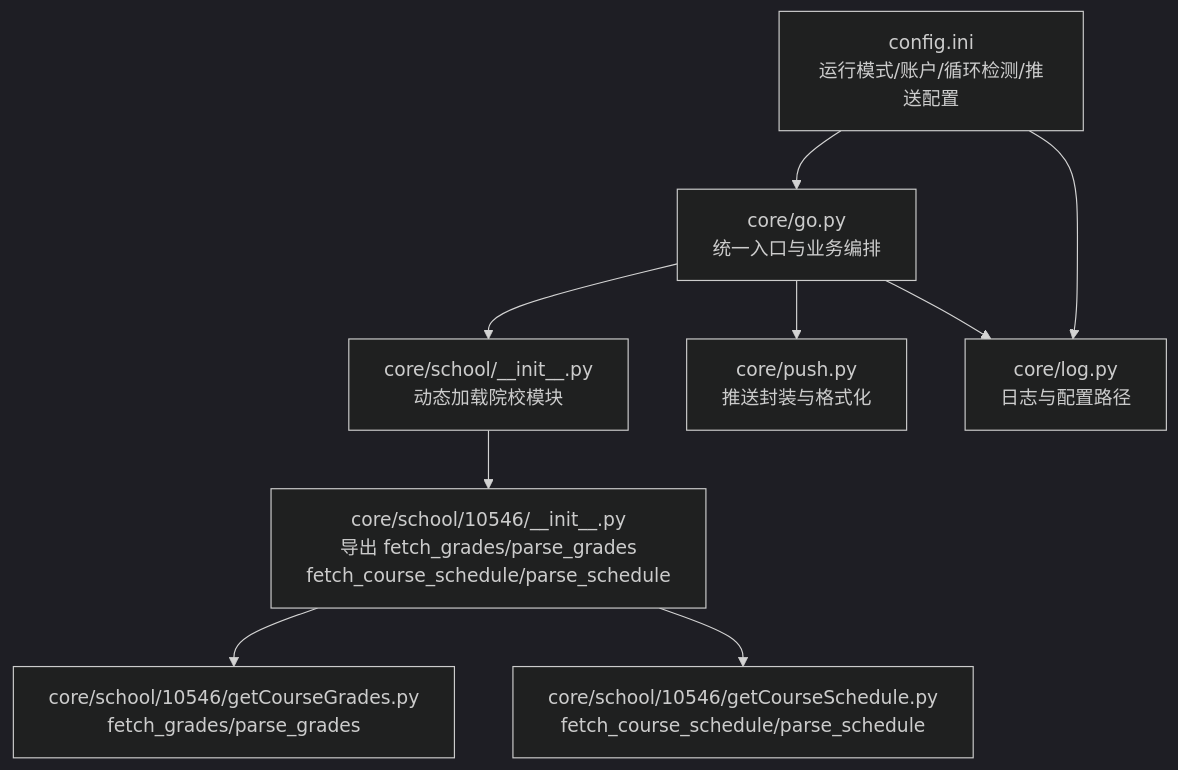
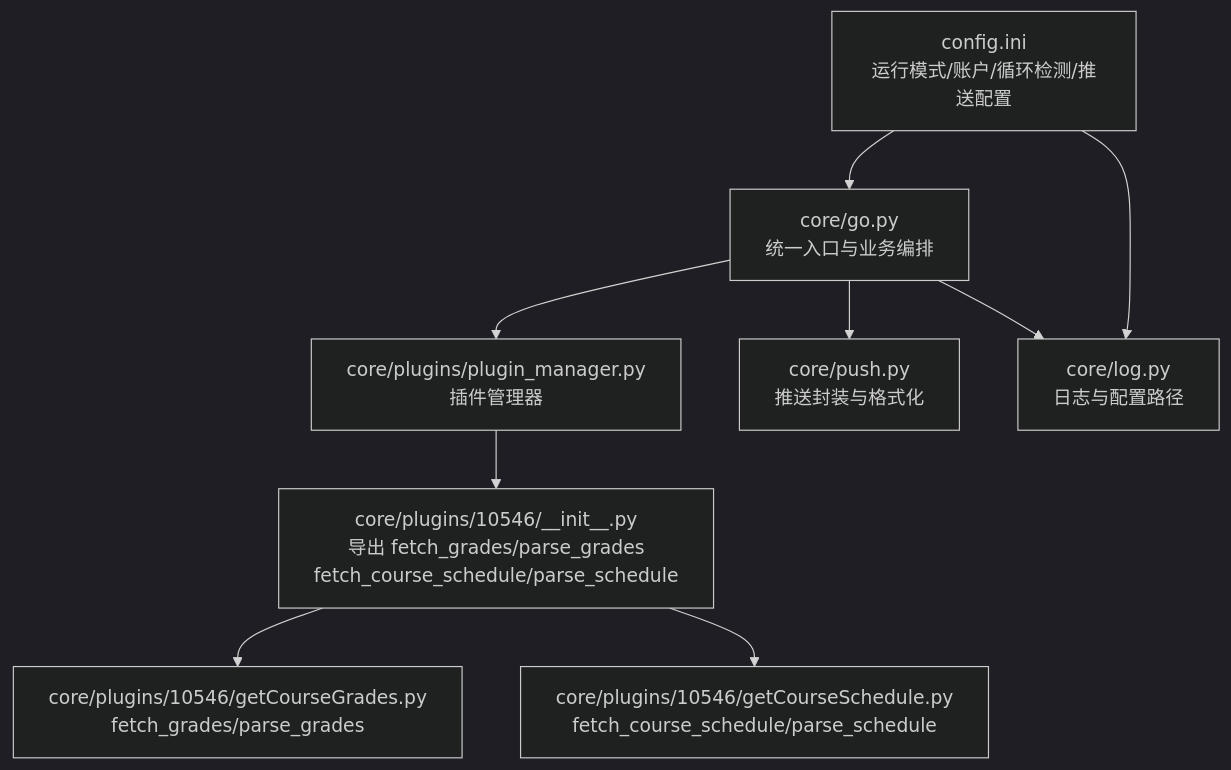
The first of 4 diagrams in .wiki/zh/content/API 参考文档/院校模块 API/接口规范.md (pjnt9372/Capture_Push), drawn with Mermaid (dark theme) before and after one commit. The commit also changed other lines of this file and 37 other files, not shown here.

````diff
--- a/.wiki/zh/content/API 参考文档/院校模块 API/接口规范.md
+++ b/.wiki/zh/content/API 参考文档/院校模块 API/接口规范.md
@@ -44,11 +44,11 @@
 ```mermaid
 graph TB
-A["core/go.py<br/>统一入口与业务编排"] --> B["core/school/__init__.py<br/>动态加载院校模块"]
-B --> C["core/school/10546/__init__.py<br/>导出 fetch_grades/parse_grades<br/>fetch_course_schedule/parse_schedule"]
-C --> D["core/school/10546/getCourseGrades.py<br/>fetch_grades/parse_grades"]
-C --> E["core/school/10546/getCourseSchedule.py<br/>fetch_course_schedule/parse_schedule"]
-A --> F["core/push.py<br/>推送封装与格式化"]
-A --> G["core/log.py<br/>日志与配置路径"]
-H["config.ini<br/>运行模式/账户/循环检测/推送配置"] --> A
-H --> G
+A["core/go.py<br/>统一入口与业务编排"] --> PM["core/plugins/plugin_manager.py<br/>插件管理器"]
+PM --> B["core/plugins/10546/__init__.py<br/>导出 fetch_grades/parse_grades<br/>fetch_course_schedule/parse_schedule"]
+B --> C["core/plugins/10546/getCourseGrades.py<br/>fetch_grades/parse_grades"]
+B --> D["core/plugins/10546/getCourseSchedule.py<br/>fetch_course_schedule/parse_schedule"]
+A --> E["core/push.py<br/>推送封装与格式化"]
+A --> F["core/log.py<br/>日志与配置路径"]
+G["config.ini<br/>运行模式/账户/循环检测/推送配置"] --> A
+G --> F
 ```
````
